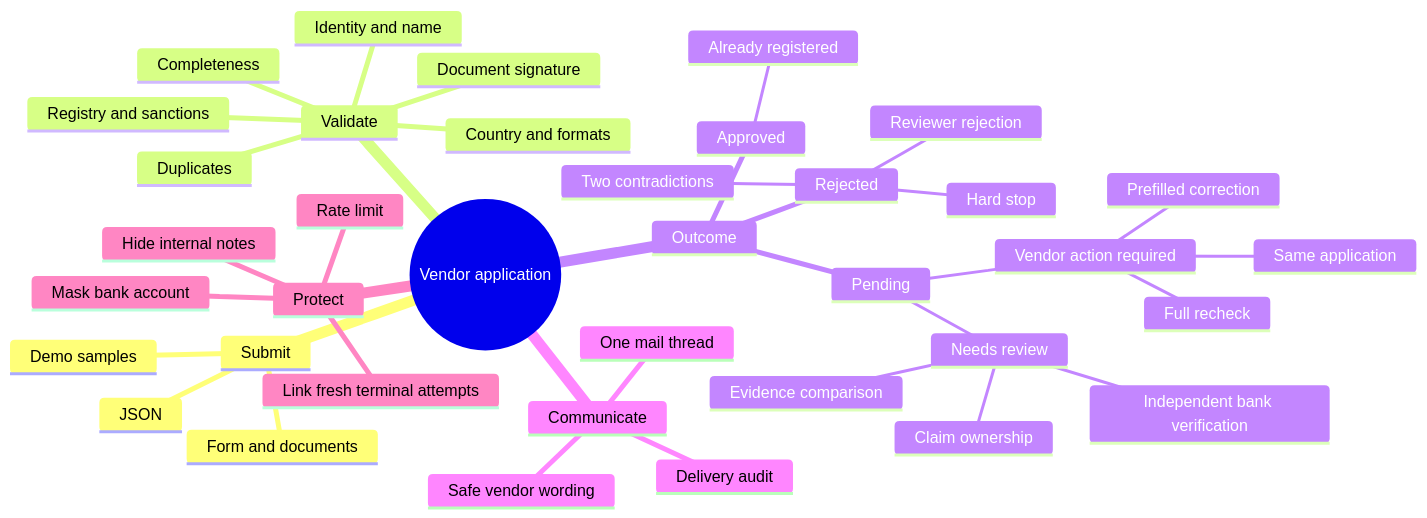
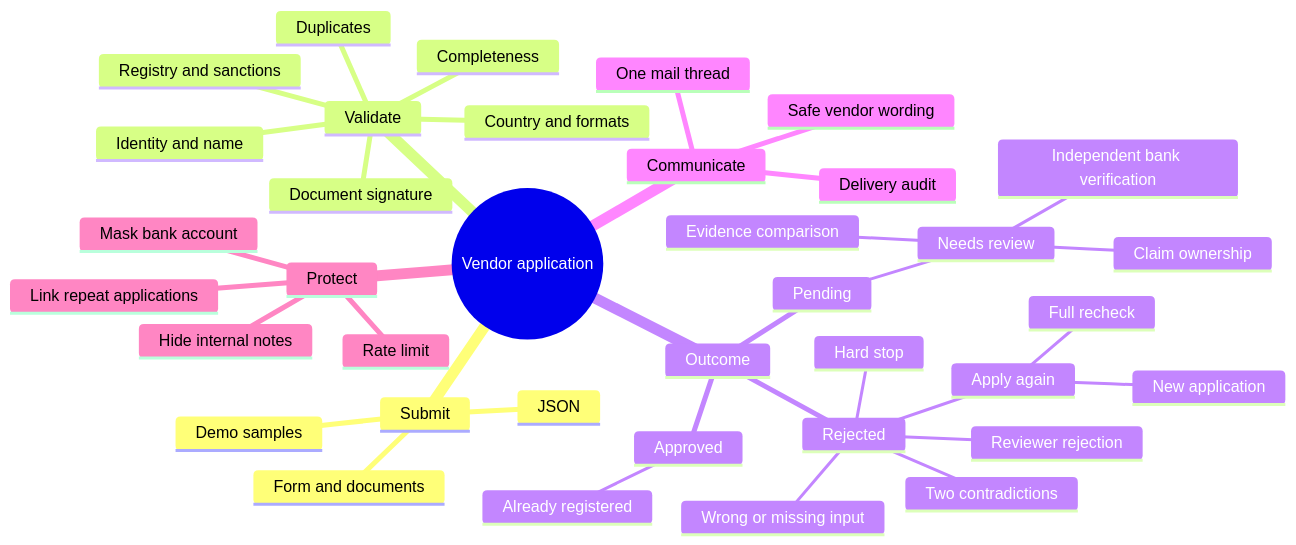
Before and after one commit to ShubhamK0802/vendor-onboarding-flask: the diagram in docs/MIND_MAP.md, drawn with Mermaid. The commit also changed 23 other files, not shown here.

First line of the commit message:
Reject, then apply again: wrong input is rejected and closed; Pending means only Needs review

````diff
--- a/docs/MIND_MAP.md
+++ b/docs/MIND_MAP.md
@@ -3,40 +3,40 @@
 ```mermaid
 mindmap
   root((Vendor application))
     Submit
       Form and documents
       JSON
       Demo samples
     Validate
       Completeness
       Country and formats
       Document signature
       Identity and name
       Registry and sanctions
       Duplicates
     Outcome
       Approved
         Already registered
       Pending
-        Vendor action required
-          Prefilled correction
-          Same application
-          Full recheck
         Needs review
           Claim ownership
           Evidence comparison
           Independent bank verification
       Rejected
+        Wrong or missing input
         Hard stop
         Two contradictions
         Reviewer rejection
+        Apply again
+          New application
+          Full recheck
     Communicate
       Safe vendor wording
       One mail thread
       Delivery audit
     Protect
       Mask bank account
       Hide internal notes
-      Link fresh terminal attempts
+      Link repeat applications
       Rate limit
 ```
````
